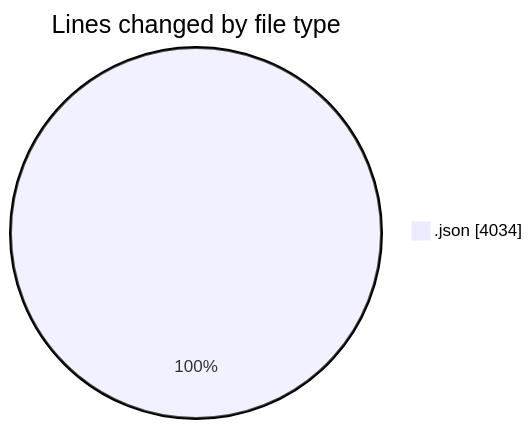
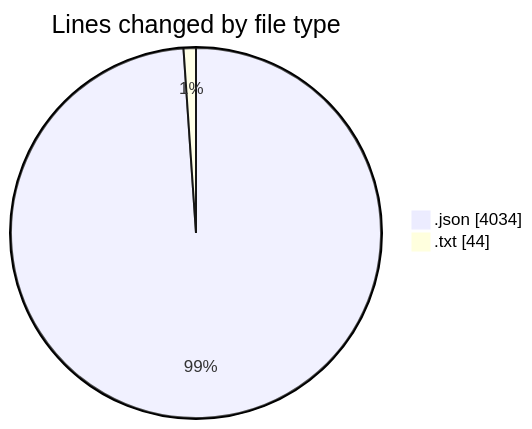
The first of 2 diagrams in 2025-08-15/_claude/README.md (EIIisD/code-tracking), drawn with Mermaid before and after one commit. The commit also changed other lines of this file and 1 other file, not shown here.

````diff
--- a/2025-08-15/_claude/README.md
+++ b/2025-08-15/_claude/README.md
@@ -20,5 +21,6 @@
 ```mermaid
 pie showData
 title Lines changed by file type
 ".json" : 4034
+".txt" : 44
 ```
````
